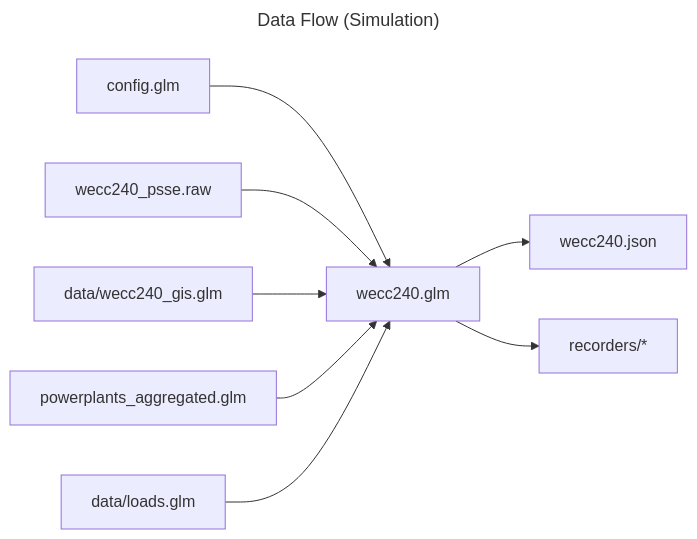
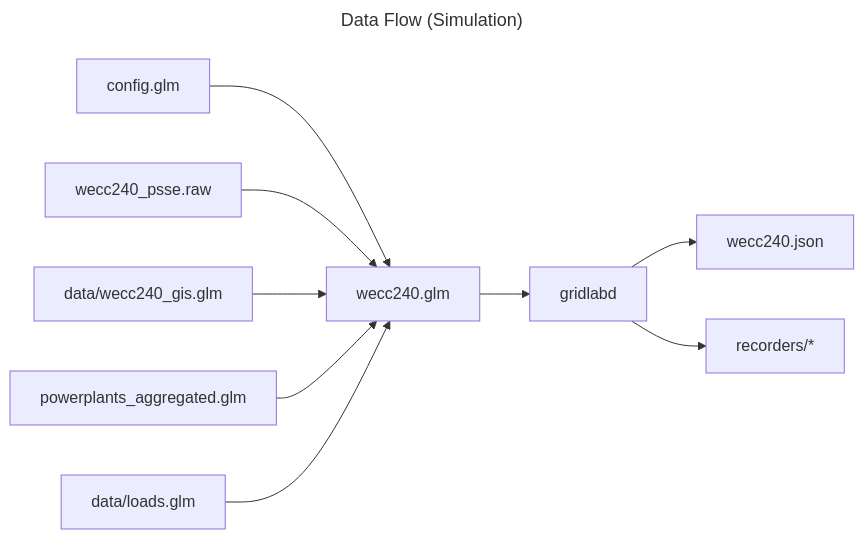
Before and after one commit to slacgismo/regrow: the second of 2 diagrams in model/README.md, drawn with Mermaid.

Commit message:
Update README with new file mappings for gridlabd

````diff
--- a/model/README.md
+++ b/model/README.md
@@ -45,13 +45,14 @@
 ```mermaid
 ---
 title: Data Flow (Simulation)
 ---
 graph LR
   config.glm --> wecc240.glm
   wecc240_psse.raw --> wecc240.glm
   data/wecc240_gis.glm --> wecc240.glm
   powerplants_aggregated.glm --> wecc240.glm
   data/loads.glm --> wecc240.glm
-  wecc240.glm --> wecc240.json
-  wecc240.glm --> recorders/*
+  wecc240.glm --> gridlabd
+  gridlabd --> wecc240.json
+  gridlabd --> recorders/*
 ```
````
